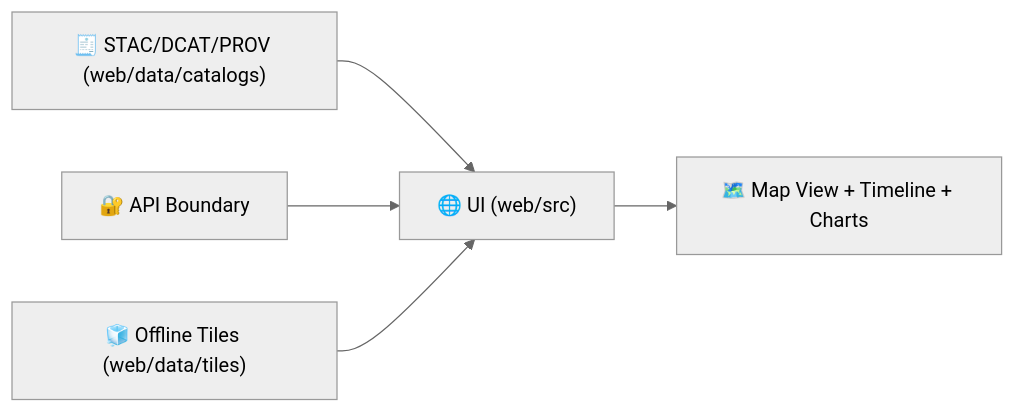
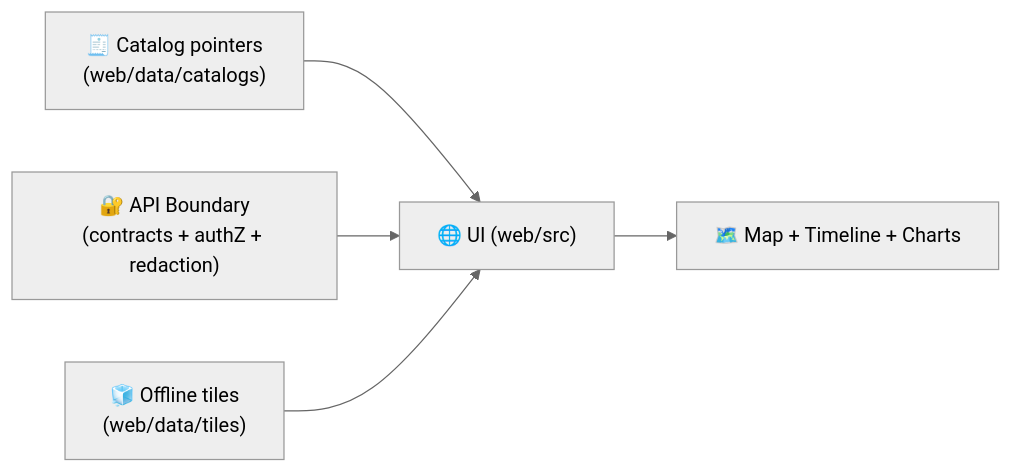
Before and after one commit to bartytime4life/Kansas-Frontier-Matrix: the diagram in web/data/README.md, drawn with Mermaid (neutral theme). The commit also changed other lines of this file, not shown here.

````diff
--- a/web/data/README.md
+++ b/web/data/README.md
@@ -84,7 +129,7 @@
 ```mermaid
 flowchart LR
-  A["🧾 STAC/DCAT/PROV (web/data/catalogs)"] --> B["🌐 UI (web/src)"]
-  C["🔐 API Boundary"] --> B
-  D["🧊 Offline Tiles (web/data/tiles)"] --> B
-  B --> E["🗺️ Map View + Timeline + Charts"]
+  A["🧾 Catalog pointers<br/>(web/data/catalogs)"] --> B["🌐 UI (web/src)"]
+  C["🔐 API Boundary<br/>(contracts + authZ + redaction)"] --> B
+  D["🧊 Offline tiles<br/>(web/data/tiles)"] --> B
+  B --> E["🗺️ Map + Timeline + Charts"]
 ```
````
